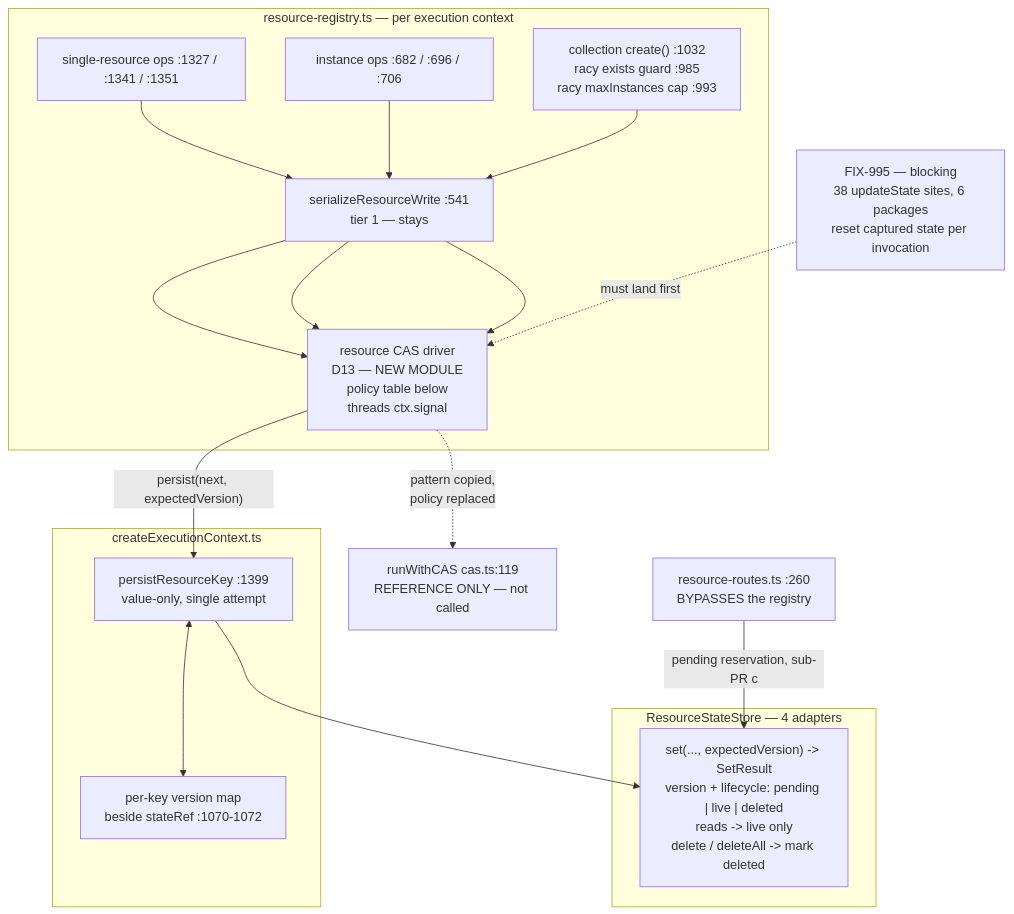
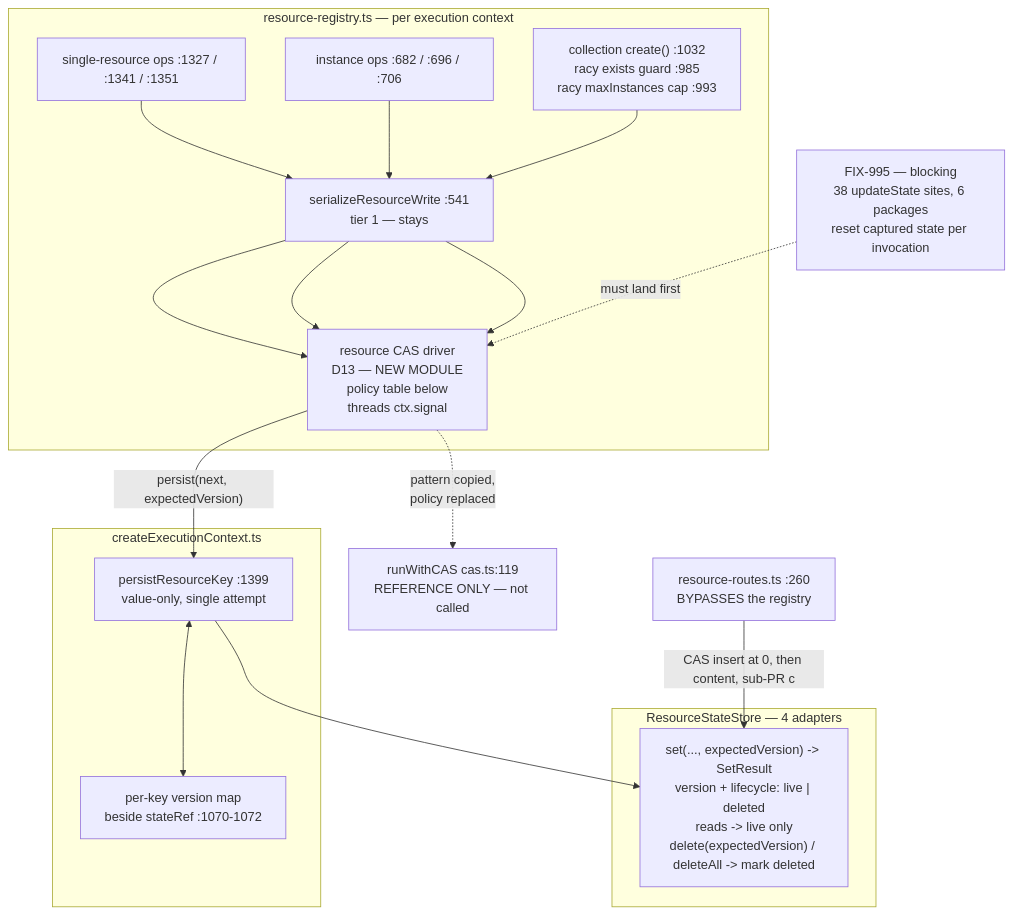
One commit to fixpoint-labs/flow-state-dev changed the diagram in docs/specs/FIX-992.md. Above: the diagram before and after it, drawn with Mermaid. The commit also changed other lines of this file, not shown here.

First line of the commit message:
spec(FIX-992): fold round 4 — delete the reservation, scope D14's claim, version the deletes

````diff
--- a/docs/specs/FIX-992.md
+++ b/docs/specs/FIX-992.md
@@ -190,29 +198,29 @@
 ```mermaid
 flowchart TD
     F995["FIX-995 — blocking<br/>38 updateState sites, 6 packages<br/>reset captured state per invocation"]
     subgraph reg["resource-registry.ts — per execution context"]
       A1["single-resource ops :1327 / :1341 / :1351"]
       A2["instance ops :682 / :696 / :706"]
       A3["collection create() :1032<br/>racy exists guard :985<br/>racy maxInstances cap :993"]
       Q["serializeResourceWrite :541<br/>tier 1 — stays"]
       CAS["resource CAS driver<br/>D13 — NEW MODULE<br/>policy table below<br/>threads ctx.signal"]
       A1 --> Q --> CAS
       A2 --> Q --> CAS
       A3 --> Q --> CAS
     end
     F995 -.->|"must land first"| CAS
     subgraph ctx["createExecutionContext.ts"]
       CP["persistResourceKey :1399<br/>value-only, single attempt"]
       VC["per-key version map<br/>beside stateRef :1070-1072"]
       CP <--> VC
     end
     CAS -->|"persist(next, expectedVersion)"| CP
     R["resource-routes.ts :260<br/>BYPASSES the registry"]
     subgraph store["ResourceStateStore — 4 adapters"]
-      S["set(..., expectedVersion) -> SetResult<br/>version + lifecycle: pending | live | deleted<br/>reads -> live only<br/>delete / deleteAll -> mark deleted"]
+      S["set(..., expectedVersion) -> SetResult<br/>version + lifecycle: live | deleted<br/>reads -> live only<br/>delete(expectedVersion) / deleteAll -> mark deleted"]
     end
     CP --> S
-    R -->|"pending reservation, sub-PR c"| S
+    R -->|"CAS insert at 0, then content, sub-PR c"| S
     REF["runWithCAS cas.ts:119<br/>REFERENCE ONLY — not called"]
     CAS -.->|"pattern copied,<br/>policy replaced"| REF
 ```
````
